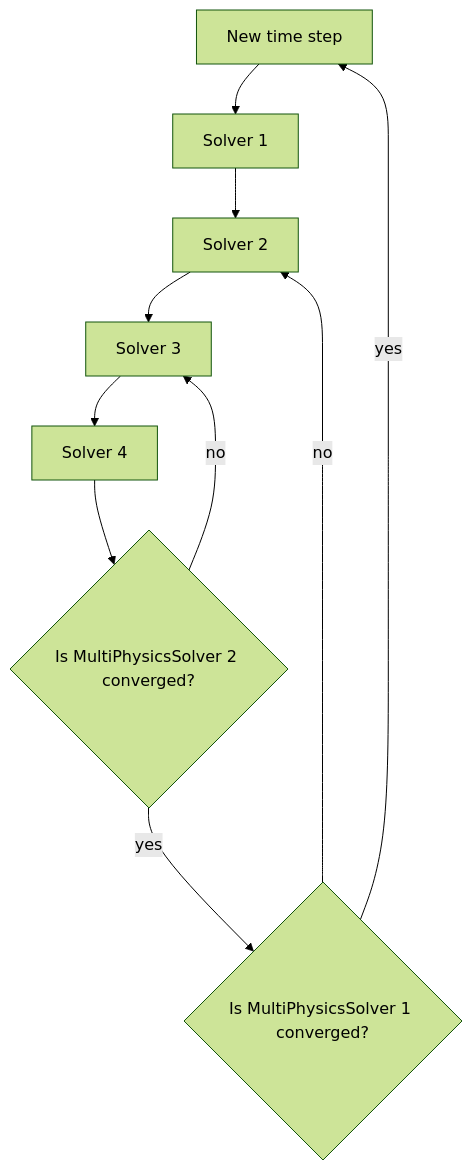
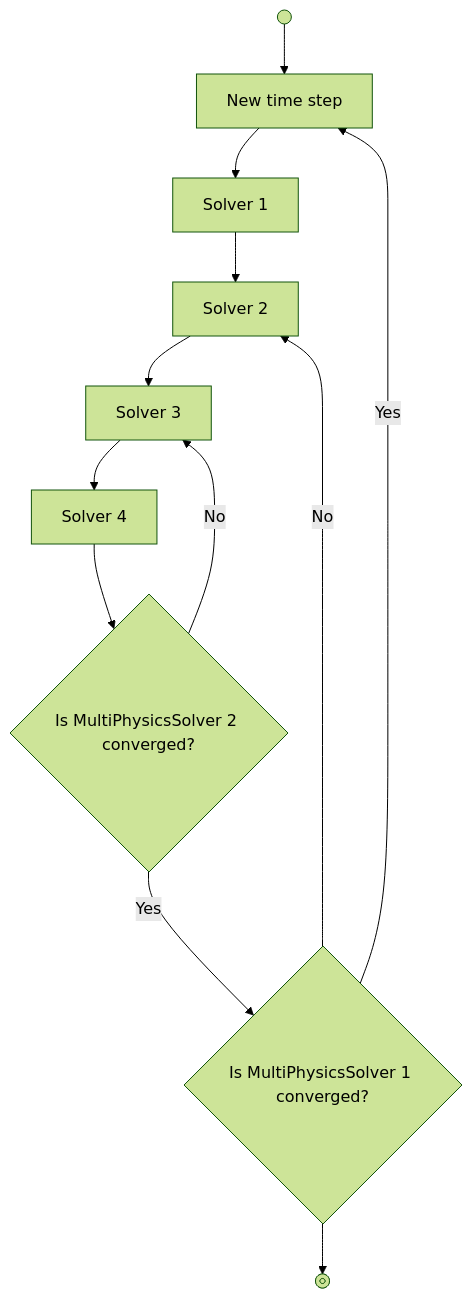
Before and after one commit to tpernatsch/foamForNuclearTPernatsch: the second of 2 diagrams in Documentation/mkdocs/docs/user_guide/coupling.md, drawn with Mermaid (forest theme). The commit also changed other lines of this file and 7 other files, not shown here.

````diff
--- a/Documentation/mkdocs/docs/user_guide/coupling.md
+++ b/Documentation/mkdocs/docs/user_guide/coupling.md
@@ -183,12 +231,14 @@
 ```mermaid
 graph TD
+    S@{ shape: sm-circ, label: "Small start" } --> A
     A[New time step] --> B[Solver 1]
     B --> C[Solver 2]
     C --> D[Solver 3]
     D --> E[Solver 4]
     E --> F{Is MultiPhysicsSolver 2 converged?}
-    F -- no --> D
-    F -- yes --> G{Is MultiPhysicsSolver 1 converged?}
-    G -- no --> C
-    G -- yes --> A
+    F -- No --> D
+    F -- Yes --> G{Is MultiPhysicsSolver 1 converged?}
+    G -- No --> C
+    G -- Yes --> A
+    G --> End@{ shape: framed-circle, label: "Stop" }
 ```
````
